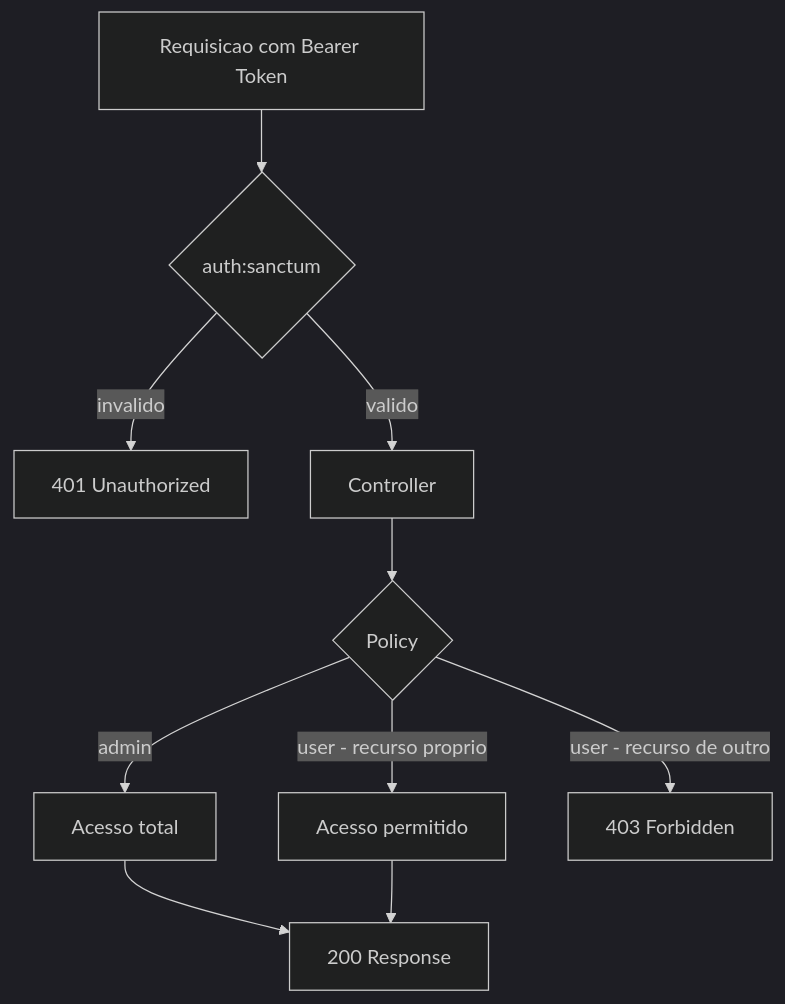
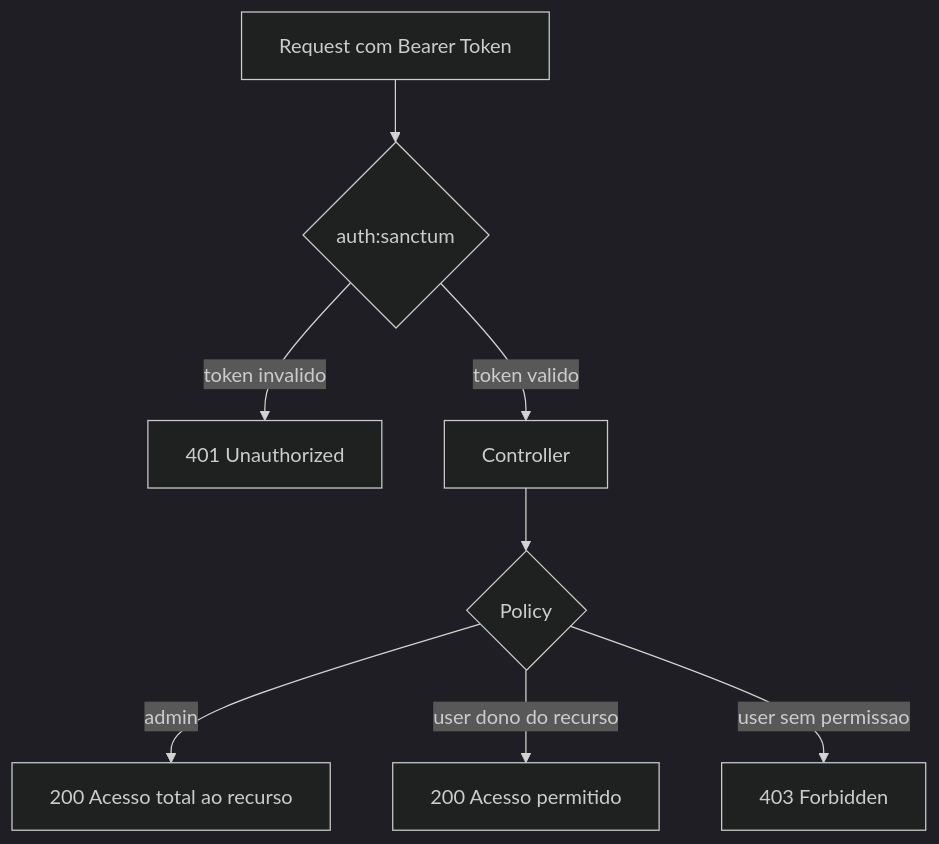
Before and after one commit to DarioCampagnaCoutinho/api-tasks: the third of 4 diagrams in README.md, drawn with Mermaid (dark theme). The commit also changed other lines of this file, not shown here.

````diff
--- a/README.md
+++ b/README.md
@@ -95,12 +91,10 @@
 ```mermaid
-flowchart TD
-    REQ[Requisicao com Bearer Token] --> MW{auth:sanctum}
-    MW -->|invalido| E1[401 Unauthorized]
-    MW -->|valido| CT[Controller]
-    CT --> PL{Policy}
-    PL -->|admin| OK1[Acesso total]
-    PL -->|user - recurso proprio| OK2[Acesso permitido]
-    PL -->|user - recurso de outro| E2[403 Forbidden]
-    OK1 --> RES[200 Response]
-    OK2 --> RES
+graph TD
+    A[Request com Bearer Token] --> B{auth:sanctum}
+    B -->|token invalido| C[401 Unauthorized]
+    B -->|token valido| D[Controller]
+    D --> E{Policy}
+    E -->|admin| F[200 Acesso total ao recurso]
+    E -->|user dono do recurso| G[200 Acesso permitido]
+    E -->|user sem permissao| H[403 Forbidden]
 ```
````
